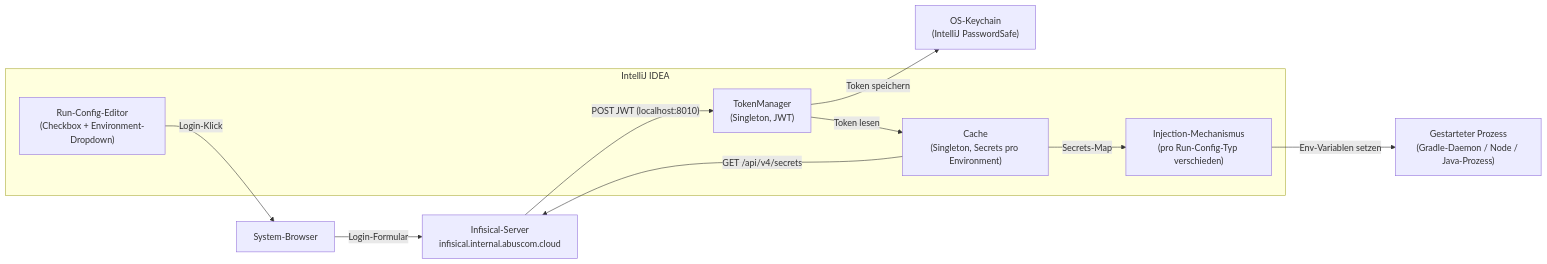
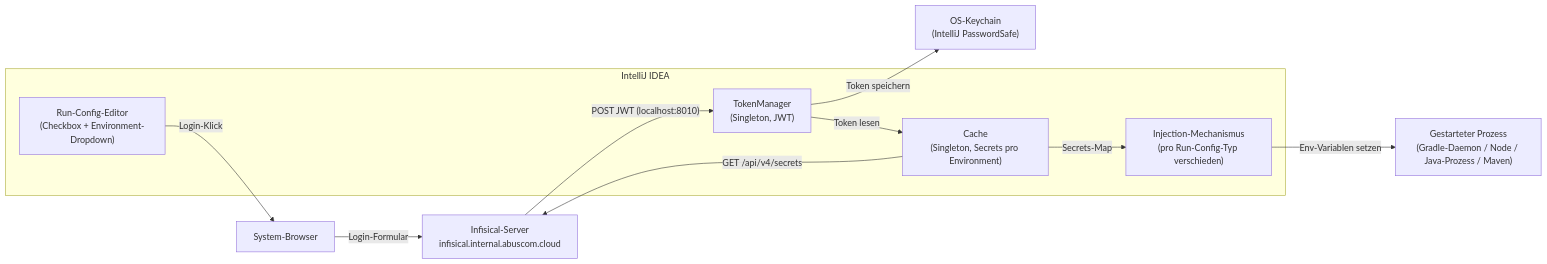
One commit to FabianSanterTUGraz/InfisicalPlugin changed the first of 4 diagrams in SYSTEM_ARCHITEKTUR.md. Above: the diagram before and after it, drawn with Mermaid. The commit also changed other lines of this file and 1 other file, not shown here.

First line of the commit message:
Document Maven secret injection support

````diff
--- a/SYSTEM_ARCHITEKTUR.md
+++ b/SYSTEM_ARCHITEKTUR.md
@@ -11,23 +11,23 @@
 ```mermaid
 flowchart LR
     subgraph IDE["IntelliJ IDEA"]
         UI["Run-Config-Editor<br/>(Checkbox + Environment-Dropdown)"]
         Cache["Cache<br/>(Singleton, Secrets pro Environment)"]
         TM["TokenManager<br/>(Singleton, JWT)"]
         Inject["Injection-Mechanismus<br/>(pro Run-Config-Typ verschieden)"]
     end
 
     Browser["System-Browser"]
     Infisical["Infisical-Server<br/>infisical.internal.abuscom.cloud"]
     KeyStore["OS-Keychain<br/>(IntelliJ PasswordSafe)"]
-    Process["Gestarteter Prozess<br/>(Gradle-Daemon / Node / Java-Prozess)"]
+    Process["Gestarteter Prozess<br/>(Gradle-Daemon / Node / Java-Prozess / Maven)"]
 
     UI -- "Login-Klick" --> Browser
     Browser -- "Login-Formular" --> Infisical
     Infisical -- "POST JWT (localhost:8010)" --> TM
     TM -- "Token speichern" --> KeyStore
     TM -- "Token lesen" --> Cache
     Cache -- "GET /api/v4/secrets" --> Infisical
     Cache -- "Secrets-Map" --> Inject
     Inject -- "Env-Variablen setzen" --> Process
 ```
````
